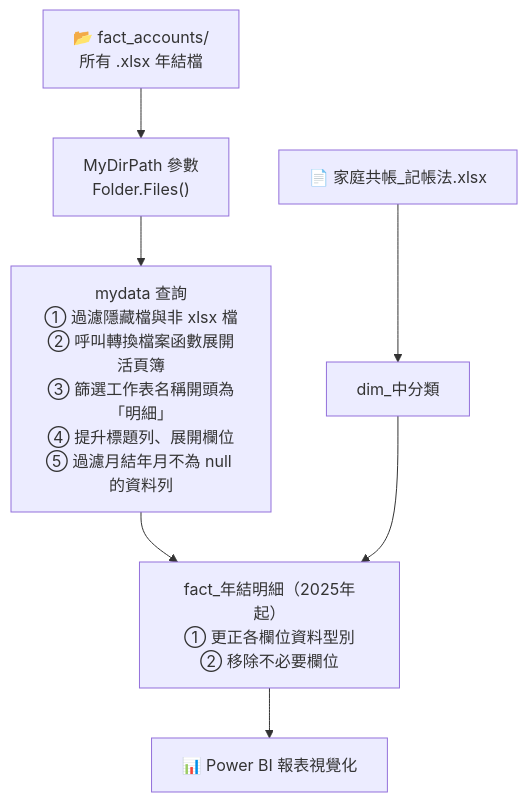
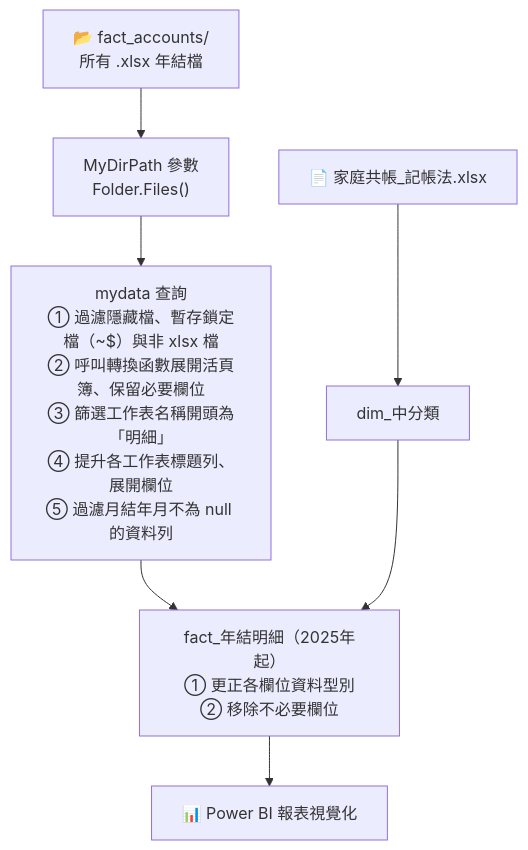
The first of 2 diagrams in BI_design/README_finance.md (RogerRJSiao/BI), drawn with Mermaid before and after one commit. The commit also changed other lines of this file, not shown here.

First line of the commit message:
docs(BI-finance): correct and expand mydata PQ code in README

````diff
--- a/BI_design/README_finance.md
+++ b/BI_design/README_finance.md
@@ -60,12 +60,12 @@
 ```mermaid
 flowchart TD
     A["📂 fact_accounts/\n所有 .xlsx 年結檔"] --> B["MyDirPath 參數\nFolder.Files()"]
     C["📄 家庭共帳_記帳法.xlsx"] --> D["dim_中分類"]
 
-    B --> M["mydata 查詢\n① 過濾隱藏檔與非 xlsx 檔\n② 呼叫轉換檔案函數展開活頁簿\n③ 篩選工作表名稱開頭為「明細」\n④ 提升標題列、展開欄位\n⑤ 過濾月結年月不為 null 的資料列"]
+    B --> M["mydata 查詢\n① 過濾隱藏檔、暫存鎖定檔（~$）與非 xlsx 檔\n② 呼叫轉換函數展開活頁簿、保留必要欄位\n③ 篩選工作表名稱開頭為「明細」\n④ 提升各工作表標題列、展開欄位\n⑤ 過濾月結年月不為 null 的資料列"]
 
     M --> F["fact_年結明細（2025年起）\n① 更正各欄位資料型別\n② 移除不必要欄位"]
     D --> F
 
     F --> G["📊 Power BI 報表視覺化"]
 ```
````
